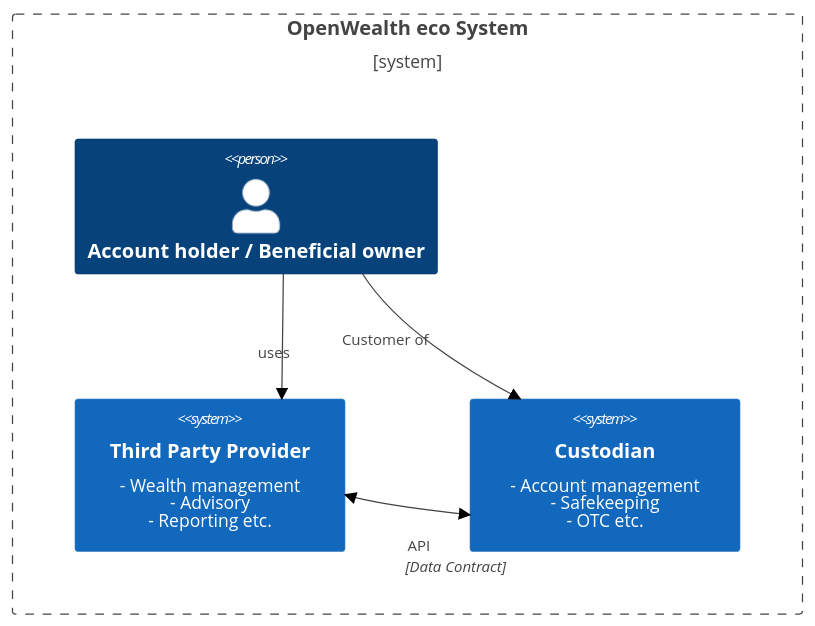
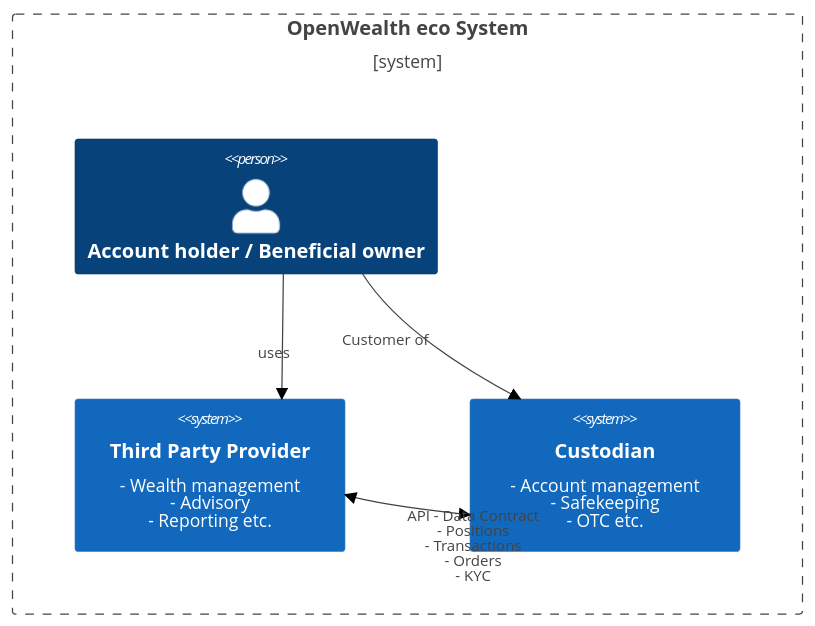
Before and after one commit to OpenWealth/OpenWealth: the first of 2 diagrams in README.md, drawn with Mermaid (forest theme).

Commit message:
Update labels in grafics

````diff
--- a/README.md
+++ b/README.md
@@ -17,19 +17,19 @@
 ```mermaid
 C4Context
     Boundary(b0, "OpenWealth eco System") {
     Person(PartyA, "Account holder / Beneficial owner")
     System(PartyB, "Third Party Provider", "- Wealth management<br>- Advisory<br>- Reporting etc.")
 
     System(SystemA, "Custodian", "- Account management<br>- Safekeeping<br>- OTC etc.")
     }
 
-    Rel(PartyA, PartyB, "uses", "")
+    Rel(PartyA, PartyB, "uses")
     Rel(PartyA, SystemA, "Customer of")
-    BiRel(PartyB, SystemA, "API", "Data Contract")
+    BiRel(PartyB, SystemA, "API - Data Contract<br>- Positions<br>- Transactions<br>- Orders<br>- KYC")
 
 
     UpdateLayoutConfig($c4ShapeInRow="2", $c4BoundaryInRow="1")
     UpdateRelStyle(PartyA, PartyB, $offsetX="-20", $offsetY="10")
     UpdateRelStyle(PartyA, SystemA, $offsetX="-80")
     UpdateRelStyle(PartyB, SystemA, $offsetY="30")
 ```
````
